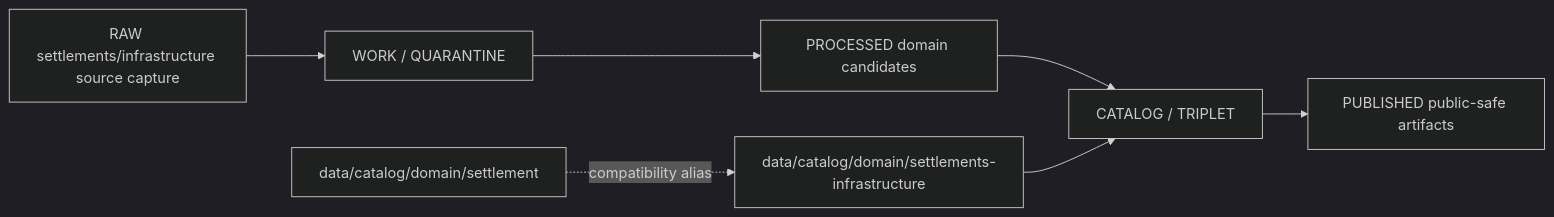
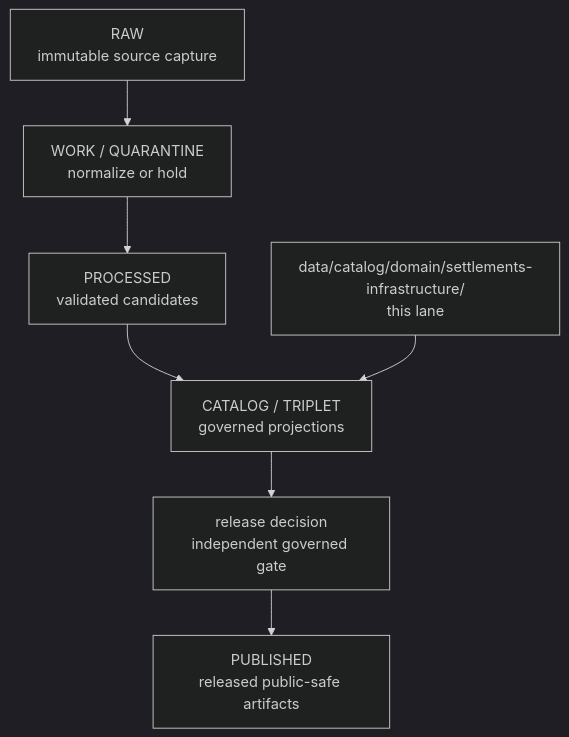
One commit to bartytime4life/Kansas-Frontier-Matrix changed the diagram in data/catalog/domain/settlements-infrastructure/README.md. Above: the diagram before and after it, drawn with Mermaid (dark theme). The commit also changed other lines of this file, not shown here.

Commit message:
docs: modernize Settlements Infrastructure catalog README

````diff
--- a/data/catalog/domain/settlements-infrastructure/README.md
+++ b/data/catalog/domain/settlements-infrastructure/README.md
@@ -71,9 +318,9 @@
 ```mermaid
-flowchart LR
-  RAW[RAW settlements/infrastructure source capture] --> WORK[WORK / QUARANTINE]
-  WORK --> PROCESSED[PROCESSED domain candidates]
-  PROCESSED --> CATALOG[CATALOG / TRIPLET]
-  CATALOG --> PUBLISHED[PUBLISHED public-safe artifacts]
-  DOMAIN[data/catalog/domain/settlements-infrastructure] --> CATALOG
-  ALIAS[data/catalog/domain/settlement] -. compatibility alias .-> DOMAIN
+flowchart TD
+    RAW["RAW<br/>immutable source capture"] --> WQ["WORK / QUARANTINE<br/>normalize or hold"]
+    WQ --> PROC["PROCESSED<br/>validated candidates"]
+    PROC --> CAT["CATALOG / TRIPLET<br/>governed projections"]
+    CAT --> REL["release decision<br/>independent governed gate"]
+    REL --> PUB["PUBLISHED<br/>released public-safe artifacts"]
+    LANE["data/catalog/domain/settlements-infrastructure/<br/>this lane"] --> CAT
 ```
````
